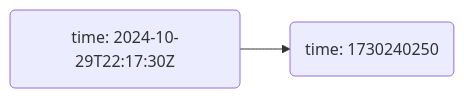
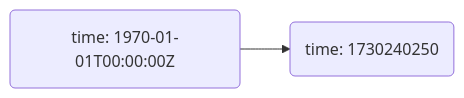
Before and after one commit to evan-bradley/ottl-cookbook: the diagram in code/parse-json-2-time.mmd, drawn with Mermaid.

Commit message:
Update parsejson example time default

```diff
--- a/code/parse-json-2-time.mmd
+++ b/code/parse-json-2-time.mmd
@@ -1,4 +1,4 @@
 flowchart LR
-    log4(time: 2024-10-29T22:17:30Z)
+    log4(time: 1970-01-01T00:00:00Z)
     log5(time: 1730240250)
     log4 --> log5
```
